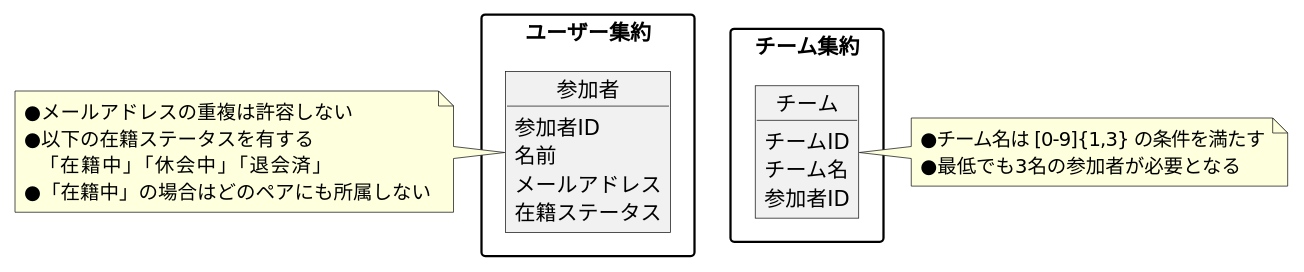
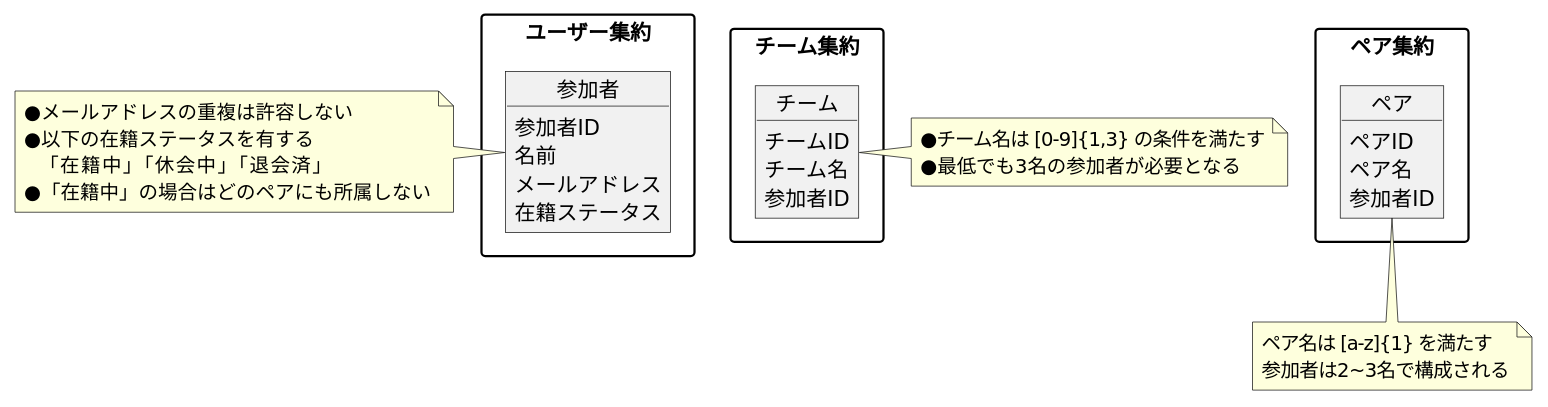
One commit to shimopino/praha-challenges changed the diagram in architecture/36_DDD/assets/domainModel.pu. Above: the diagram before and after it, drawn with PlantUML.

Commit message:
docs: ペアに関する集約とモデルを追加 #116

```diff
--- a/architecture/36_DDD/assets/domainModel.pu
+++ b/architecture/36_DDD/assets/domainModel.pu
@@ -1,44 +1,57 @@
 @startuml domainModel
 
 /'
   集約: packages
   オブジェクト: objects
   メモ: notes
   関連: * → コンポジッション (インスタンス参照)
         > → 集約間の連携 (ID参照)
   多重度: "<>" -()- "<>"
 '/
 
 skinparam PackageStyle rectangle
 skinparam Linetype ortho
 
 package ユーザー集約 {
     object 参加者 {
         参加者ID
         名前
         メールアドレス
         在籍ステータス
     }
 }
 
 note left of 参加者 
     ●メールアドレスの重複は許容しない
     ●以下の在籍ステータスを有する
        「在籍中」「休会中」「退会済」
     ●「在籍中」の場合はどのペアにも所属しない
 end note
 
 package チーム集約 {
     object チーム {
         チームID
         チーム名
         参加者ID
     }
 }
 
 note right of チーム
     ●チーム名は [0-9]{1,3} の条件を満たす
     ●最低でも3名の参加者が必要となる
 end note
 
+package ペア集約 {
+    object ペア {
+        ペアID
+        ペア名
+        参加者ID
+    }
+}
+
+note bottom of ペア
+    ペア名は [a-z]{1} を満たす
+    参加者は2~3名で構成される
+end note
+
 @enduml
```
